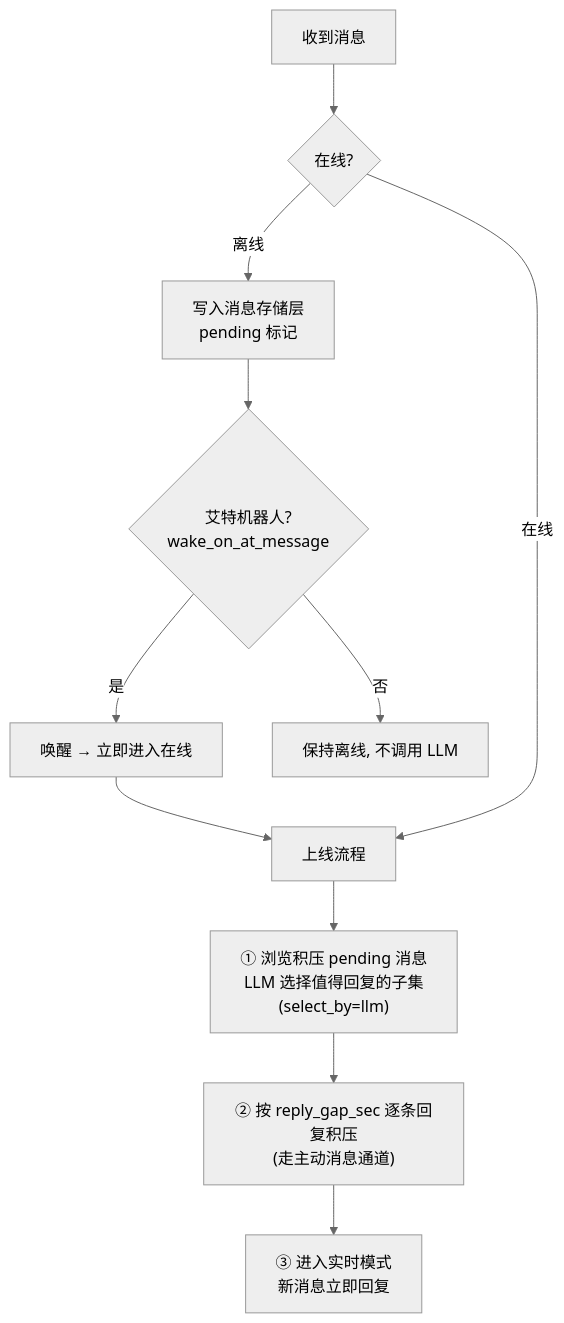
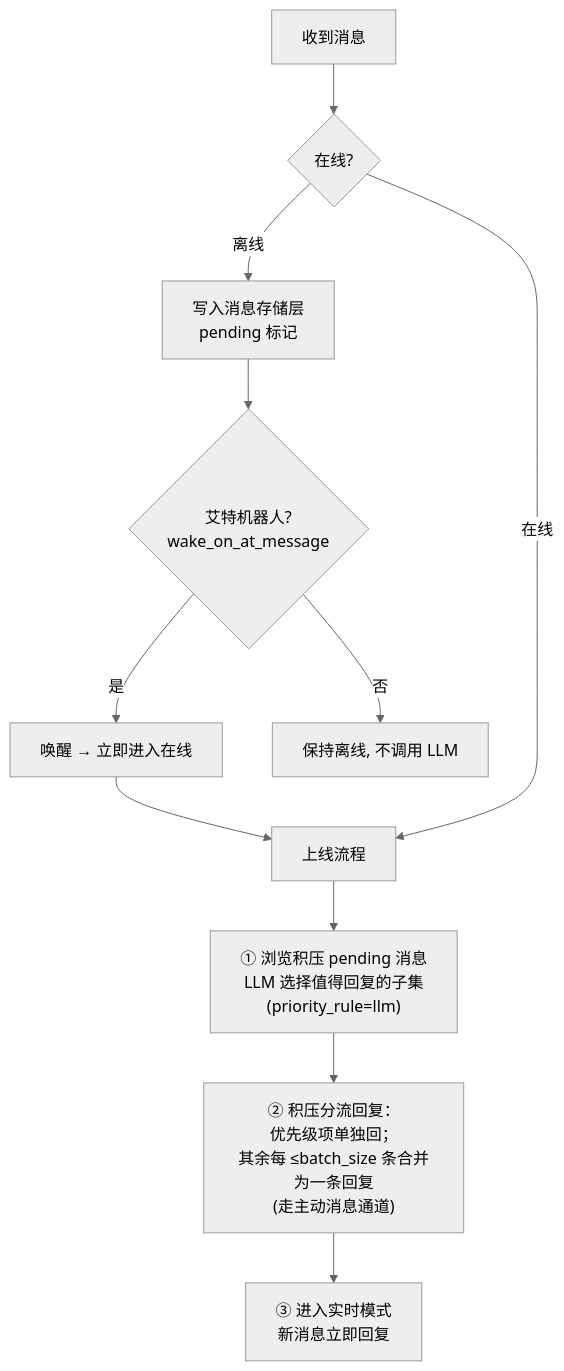
One commit to Gove2004/GGBot changed the fourth of 5 diagrams in docs/实施方案.md. Above: the diagram before and after it, drawn with Mermaid (neutral theme). The commit also changed other lines of this file, not shown here.

Commit message:
docs: backlog reply = priority split + batch merge (batch_size=100), drop per-message gap

````diff
--- a/docs/实施方案.md
+++ b/docs/实施方案.md
@@ -146,13 +146,13 @@
 ```mermaid
 flowchart TD
     A[收到消息] --> B{在线?}
     B -->|离线| C[写入消息存储层<br/>pending 标记]
     C --> D{艾特机器人?<br/>wake_on_at_message}
     D -->|是| E[唤醒 → 立即进入在线]
     D -->|否| F[保持离线, 不调用 LLM]
     E --> G[上线流程]
     B -->|在线| G
-    G --> H["① 浏览积压 pending 消息<br/>LLM 选择值得回复的子集<br/>(select_by=llm)"]
-    H --> I["② 按 reply_gap_sec 逐条回复积压<br/>(走主动消息通道)"]
+    G --> H["① 浏览积压 pending 消息<br/>LLM 选择值得回复的子集<br/>(priority_rule=llm)"]
+    H --> I["② 积压分流回复：<br/>优先级项单独回；<br/>其余每 ≤batch_size 条合并为一条回复<br/>(走主动消息通道)"]
     I --> J[③ 进入实时模式<br/>新消息立即回复]
 ```
````
